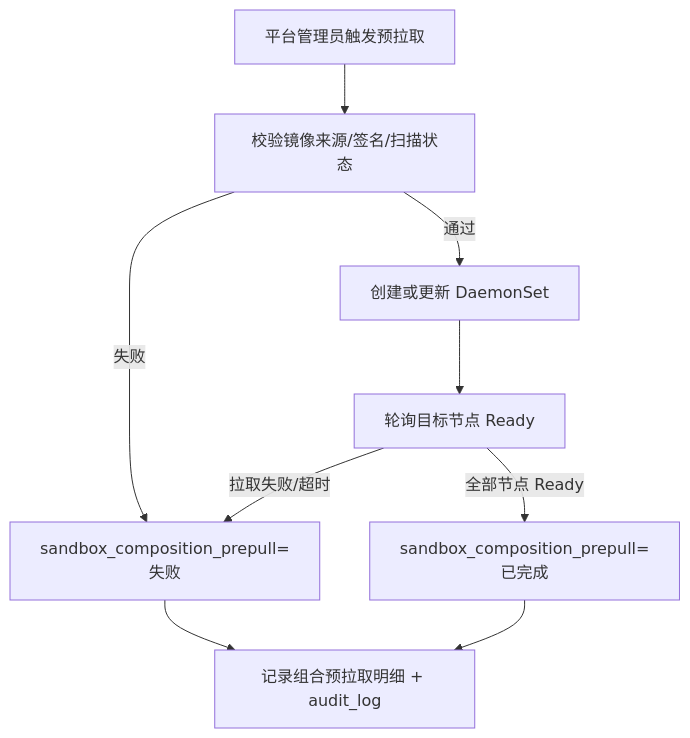
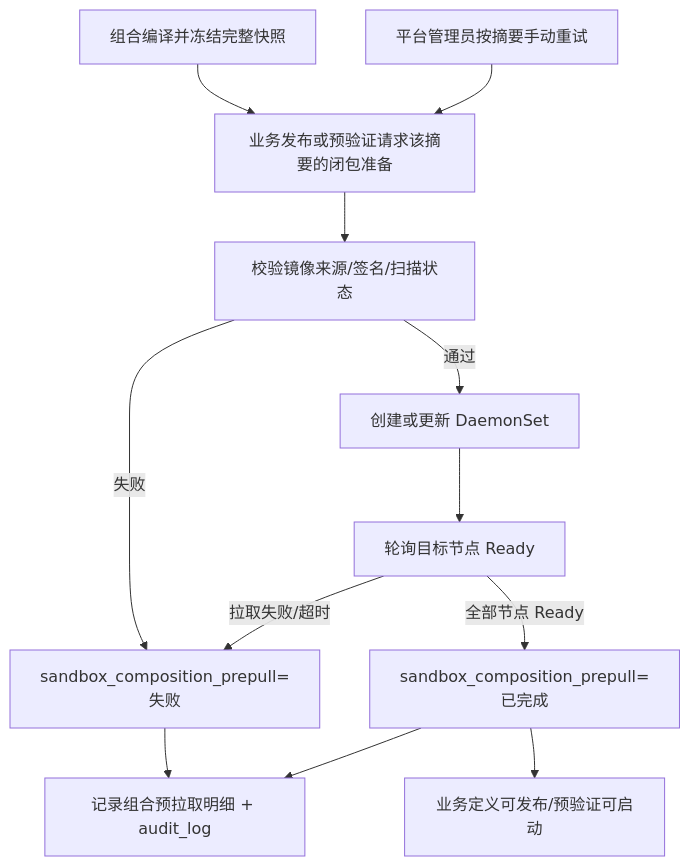
Before and after one commit to menghuishisan/CHAIMIR: the sixth of 7 diagrams in docs/02-沙箱引擎/05-业务流程与状态机.md, drawn with Mermaid. The commit also changed other lines of this file and 995 other files, not shown here.

````diff
--- a/docs/02-沙箱引擎/05-业务流程与状态机.md
+++ b/docs/02-沙箱引擎/05-业务流程与状态机.md
@@ -155,11 +187,14 @@
 ```mermaid
 flowchart TD
-    A[平台管理员触发预拉取] --> B[校验镜像来源/签名/扫描状态]
-    B -->|失败| F[sandbox_composition_prepull=失败]
-    B -->|通过| C[创建或更新 DaemonSet]
-    C --> D[轮询目标节点 Ready]
-    D -->|全部节点 Ready| S[sandbox_composition_prepull=已完成]
-    D -->|拉取失败/超时| F
+    A[组合编译并冻结完整快照] --> B[业务发布或预验证请求该摘要的闭包准备]
+    M[平台管理员按摘要手动重试] --> B
+    B --> C[校验镜像来源/签名/扫描状态]
+    C -->|失败| F[sandbox_composition_prepull=失败]
+    C -->|通过| D[创建或更新 DaemonSet]
+    D --> E[轮询目标节点 Ready]
+    E -->|全部节点 Ready| S[sandbox_composition_prepull=已完成]
+    E -->|拉取失败/超时| F
     F --> L[记录组合预拉取明细 + audit_log]
     S --> L
+    S --> P[业务定义可发布/预验证可启动]
 ```
````
